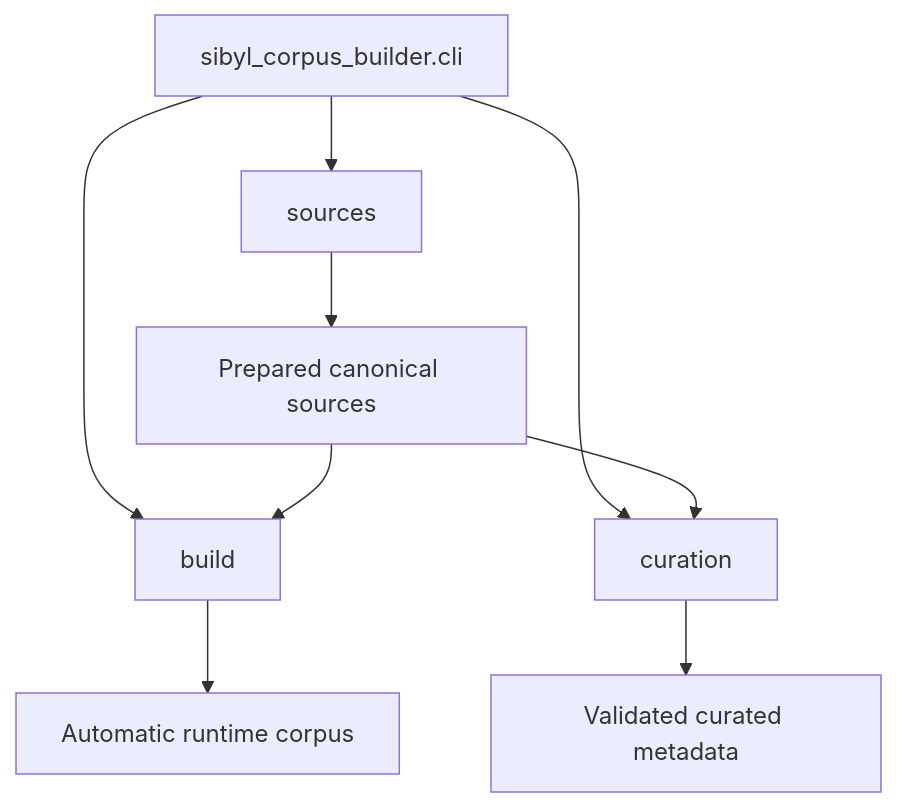
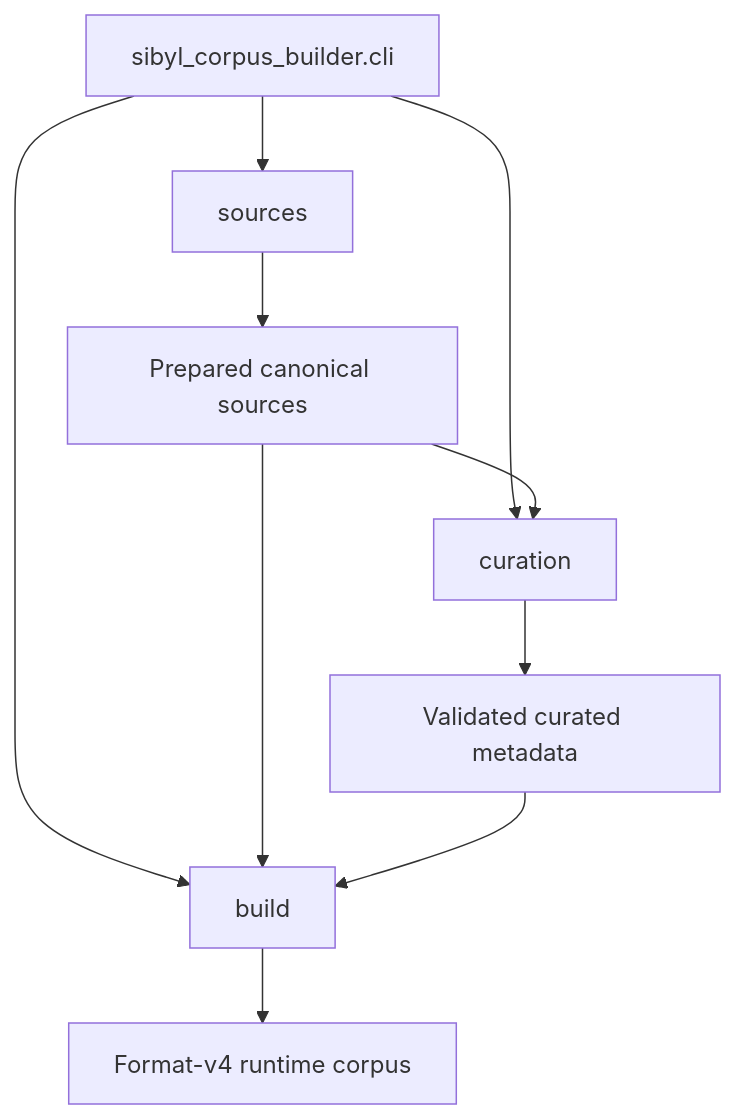
Before and after one commit to folk21/sibyl: the first of 5 diagrams in corpus-builder/IMPLEMENTATION.md, drawn with Mermaid. The commit also changed other lines of this file and 59 other files, not shown here.

````diff
--- a/corpus-builder/IMPLEMENTATION.md
+++ b/corpus-builder/IMPLEMENTATION.md
@@ -7,11 +7,12 @@
 ```mermaid
 flowchart TD
     CLI[sibyl_corpus_builder.cli] --> S[sources]
     CLI --> B[build]
     CLI --> C[curation]
     S --> P[Prepared canonical sources]
     P --> B
     P --> C
-    B --> R[Automatic runtime corpus]
     C --> M[Validated curated metadata]
+    M --> B
+    B --> R[Format-v4 runtime corpus]
 ```
````
